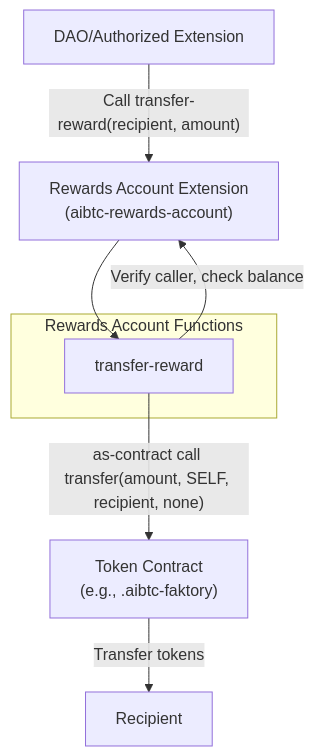
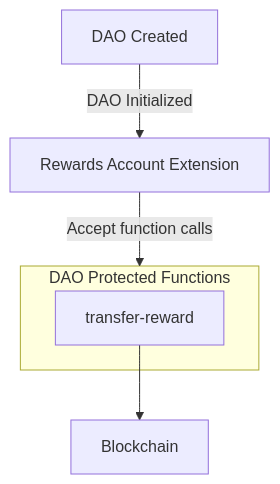
One commit to aibtcdev/aibtcdev-docs changed the diagram in aibtc-contracts/dao-extensions/rewards-account.md. Above: the diagram before and after it, drawn with Mermaid. The commit also changed other lines of this file and 12 other files, not shown here.

````diff
--- a/aibtc-contracts/dao-extensions/rewards-account.md
+++ b/aibtc-contracts/dao-extensions/rewards-account.md
@@ -26,17 +25,14 @@
 ```mermaid
 flowchart TD
-    A["DAO/Authorized Extension"]
-    B["Rewards Account Extension<br>(aibtc-rewards-account)"]
-    C["Token Contract<br>(e.g., .aibtc-faktory)"]
-    D["Recipient"]
-    
-    subgraph Rewards Account Functions
+    A["DAO Created"]
+    B["Rewards Account Extension"]
+    C["Blockchain"]
+
+    subgraph UF["DAO Protected Functions"]
         BA["transfer-reward"]
     end
-    
-    A --"Call transfer-reward(recipient, amount)"--> B
-    B --> BA
-    BA --"Verify caller, check balance"--> B
-    BA --"as-contract call transfer(amount, SELF, recipient, none)"--> C
-    C --"Transfer tokens"--> D
+
+    A -->|"DAO Initialized"| B
+    B -->|"Accept function calls"| UF
+    BA --> C
 ```
````
